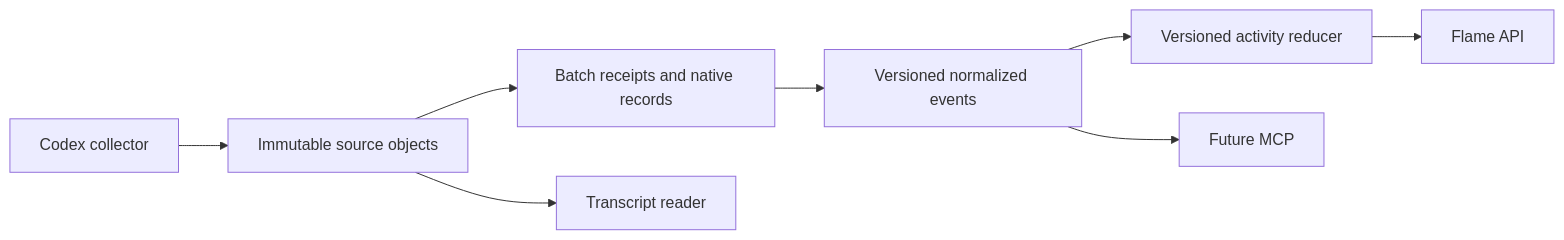
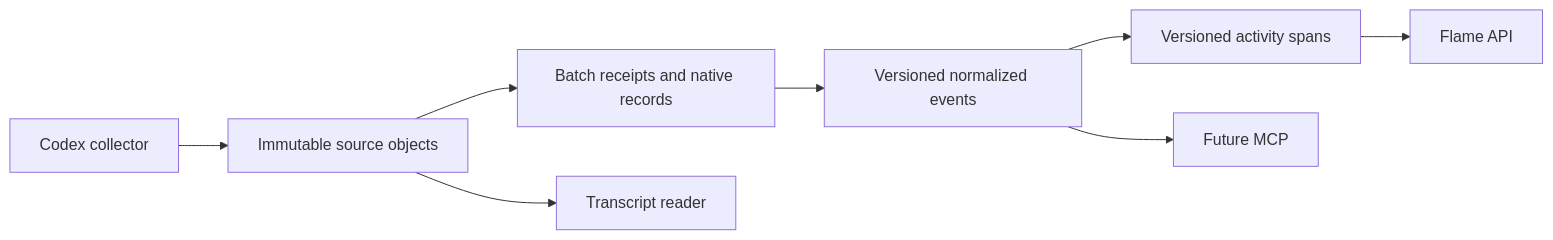
The diagram in docs/data-schema.md (e3-solutions/sherlock), drawn with Mermaid before and after one commit. The commit also changed other lines of this file, not shown here.

Commit message:
docs: persist versioned activity spans

````diff
--- a/docs/data-schema.md
+++ b/docs/data-schema.md
@@ -12,10 +12,10 @@
 ```mermaid
 flowchart LR
     C["Codex collector"] --> O["Immutable source objects"]
     O --> R["Batch receipts and native records"]
     R --> E["Versioned normalized events"]
-    E --> A["Versioned activity reducer"]
+    E --> A["Versioned activity spans"]
     A --> F["Flame API"]
     E --> M["Future MCP"]
     O --> T["Transcript reader"]
 ```
````
